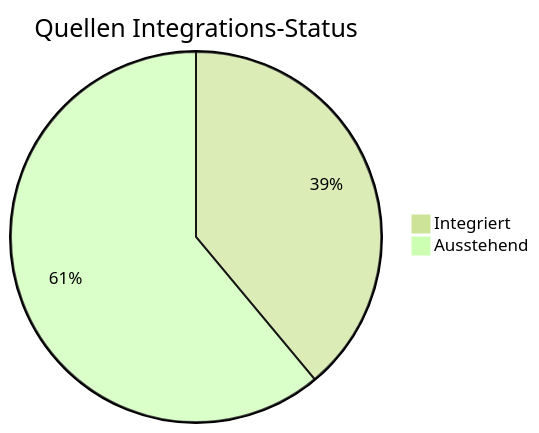
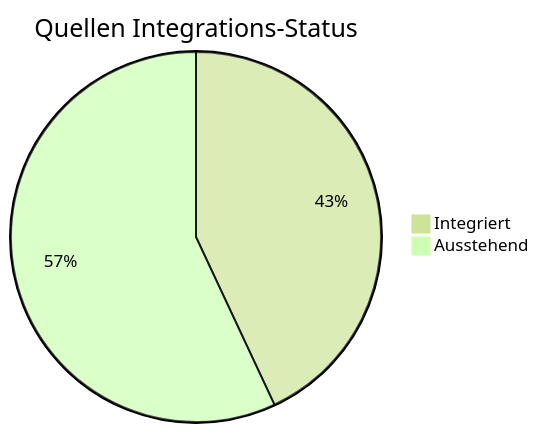
The first of 4 diagrams in Siebenwind_Wiki/10_Archiv/Wiki_Statistiken.md (Siebenwind/7w_wiki), drawn with Mermaid (forest theme) before and after one commit. The commit also changed other lines of this file and 51 other files, not shown here.

````diff
--- a/Siebenwind_Wiki/10_Archiv/Wiki_Statistiken.md
+++ b/Siebenwind_Wiki/10_Archiv/Wiki_Statistiken.md
@@ -24,5 +24,5 @@
 ```mermaid
 pie title Quellen Integrations-Status
-    "Integriert" : 95
-    "Ausstehend" : 149
+    "Integriert" : 105
+    "Ausstehend" : 139
 ```
````
